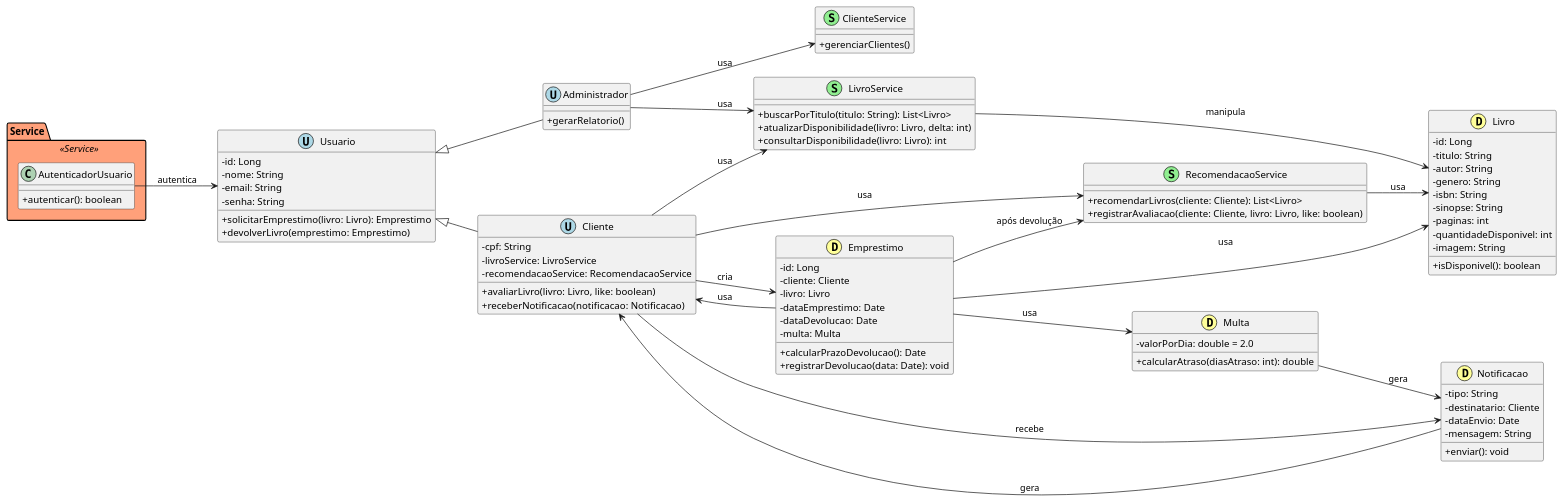
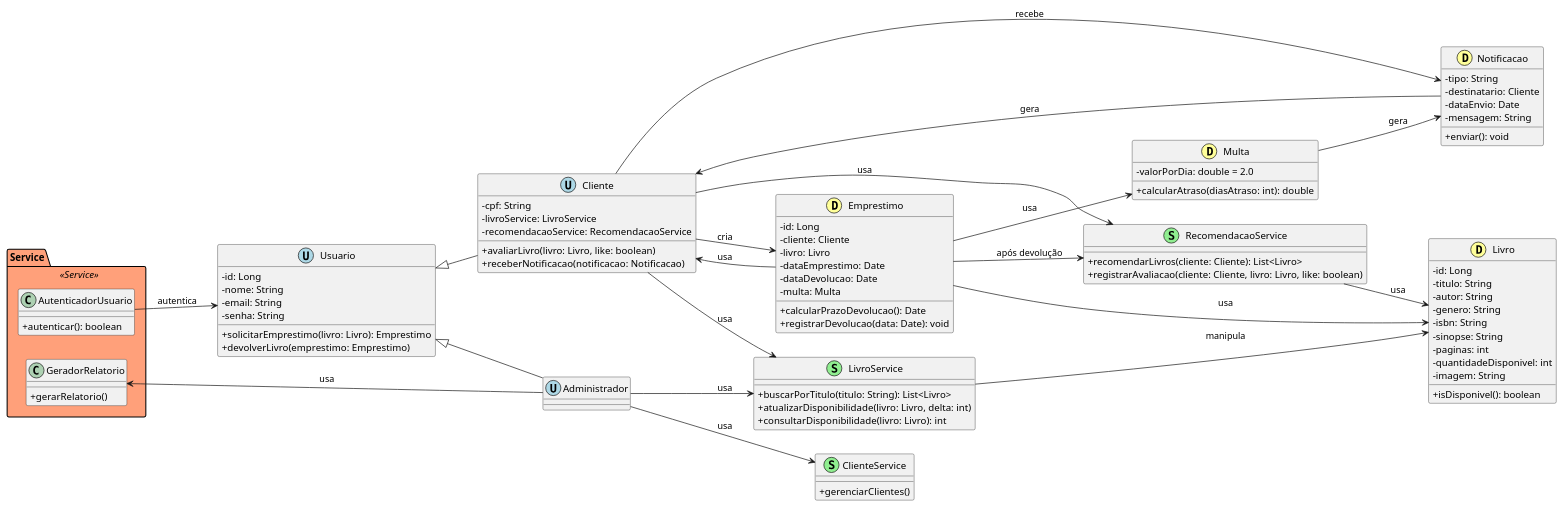
One commit to cmoiss/sistema-de-biblioteca changed the diagram in docs/uml/class-diagram/class-diagram-2.0.puml. Above: the diagram before and after it, drawn with PlantUML. The commit also changed 1 other file, not shown here.

Commit message:
feat: class GeradorRelatorio

```diff
--- a/docs/uml/class-diagram/class-diagram-2.0.puml
+++ b/docs/uml/class-diagram/class-diagram-2.0.puml
@@ -1,120 +1,124 @@
 @startuml "Diagrama de Classe"
 skinparam classAttributeIconSize 0
 left to right direction
 
 skinparam package {
     BackgroundColor<<Service>> LightSalmon
 }
 
 package "Service" <<Service>> {
     class AutenticadorUsuario {
         +autenticar(): boolean
+    }
+
+    class GeradorRelatorio {
+        + gerarRelatorio()
     }
 }
 
 ' Estilos por tipo
 ' Usuários - Azul
 class Usuario << (U,#ADD8E6) >> {
     -id: Long
     -nome: String
     -email: String
     -senha: String
     +solicitarEmprestimo(livro: Livro): Emprestimo
     +devolverLivro(emprestimo: Emprestimo)
 }
 
 class Administrador << (U,#ADD8E6) >> {
-    +gerarRelatorio()
 }
 
 class Cliente << (U,#ADD8E6) >> {
     - cpf: String
     -livroService: LivroService
     -recomendacaoService: RecomendacaoService
     +avaliarLivro(livro: Livro, like: boolean)
     +receberNotificacao(notificacao: Notificacao)
 }
 
 ' Serviços - Verde
 class LivroService << (S,#90EE90) >> {
     +buscarPorTitulo(titulo: String): List<Livro>
     +atualizarDisponibilidade(livro: Livro, delta: int)
     +consultarDisponibilidade(livro: Livro): int
 }
 
 class ClienteService << (S,#90EE90) >> {
     +gerenciarClientes()
 }
 
 class RecomendacaoService << (S,#90EE90) >> {
     +recomendarLivros(cliente: Cliente): List<Livro>
     +registrarAvaliacao(cliente: Cliente, livro: Livro, like: boolean)
 }
 
 ' Domínio - Amarelo
 class Livro << (D,#FFFF99) >> {
     -id: Long
     -titulo: String
     -autor: String
     -genero: String
     -isbn: String
     -sinopse: String
     -paginas: int
     -quantidadeDisponivel: int
     -imagem: String
     +isDisponivel(): boolean
 }
 
 class Emprestimo << (D,#FFFF99) >> {
     -id: Long
     -cliente: Cliente
     -livro: Livro
     -dataEmprestimo: Date
     -dataDevolucao: Date
     -multa: Multa
     +calcularPrazoDevolucao(): Date
     +registrarDevolucao(data: Date): void
 }
 
 class Multa << (D,#FFFF99) >> {
     -valorPorDia: double = 2.0
     +calcularAtraso(diasAtraso: int): double
 }
 
 class Notificacao << (D,#FFFF99) >> {
     -tipo: String
     -destinatario: Cliente
     -dataEnvio: Date
     -mensagem: String
     +enviar(): void
 }
 
 ' Heranças
 Usuario <|-- Administrador
 Usuario <|-- Cliente
 
 ' Relacionamentos
 AutenticadorUsuario --> Usuario : autentica
 
 Administrador --> LivroService : usa
 Administrador --> ClienteService : usa
+Administrador --> GeradorRelatorio : usa
 
 Cliente --> LivroService : usa
 Cliente --> RecomendacaoService : usa
 Cliente --> Notificacao : recebe
 Cliente --> Emprestimo : cria
 
 Emprestimo --> Livro : usa
 Emprestimo --> Cliente : usa
 Emprestimo --> Multa : usa
 Emprestimo --> RecomendacaoService : "após devolução"
 
 LivroService --> Livro : manipula
 
 Multa --> Notificacao : gera
 
 RecomendacaoService --> Livro : usa
 
 Notificacao --> Cliente : gera
 
 @enduml
```
